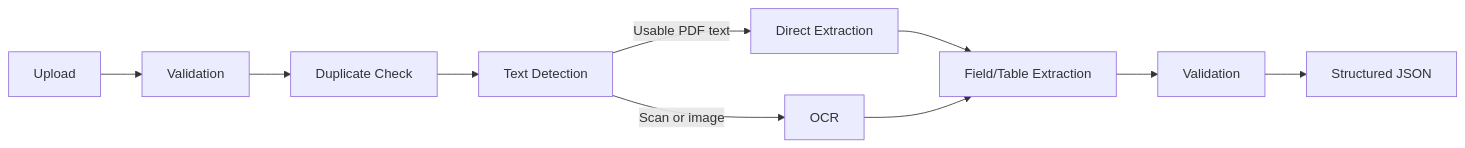
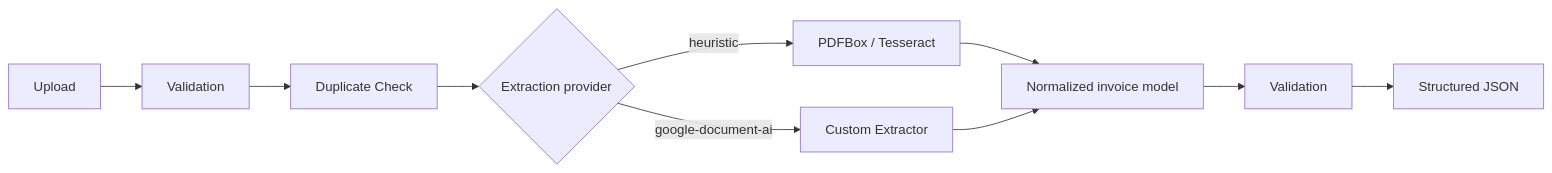
The diagram in README.md (antoniojxk/invoiceparse-java), drawn with Mermaid before and after one commit. The commit also changed other lines of this file and 25 other files, not shown here.

Commit message:
feat: add Google Document AI extraction provider

````diff
--- a/README.md
+++ b/README.md
@@ -28,12 +29,12 @@
 ```mermaid
 flowchart LR
     A[Upload] --> B[Validation]
     B --> C[Duplicate Check]
-    C --> D[Text Detection]
-    D -->|Usable PDF text| E[Direct Extraction]
-    D -->|Scan or image| F[OCR]
-    E --> G[Field/Table Extraction]
+    C --> D{Extraction provider}
+    D -->|heuristic| E[PDFBox / Tesseract]
+    D -->|google-document-ai| F[Custom Extractor]
+    E --> G[Normalized invoice model]
     F --> G
     G --> H[Validation]
     H --> I[Structured JSON]
 ```
````
